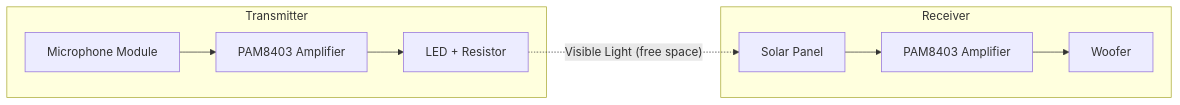
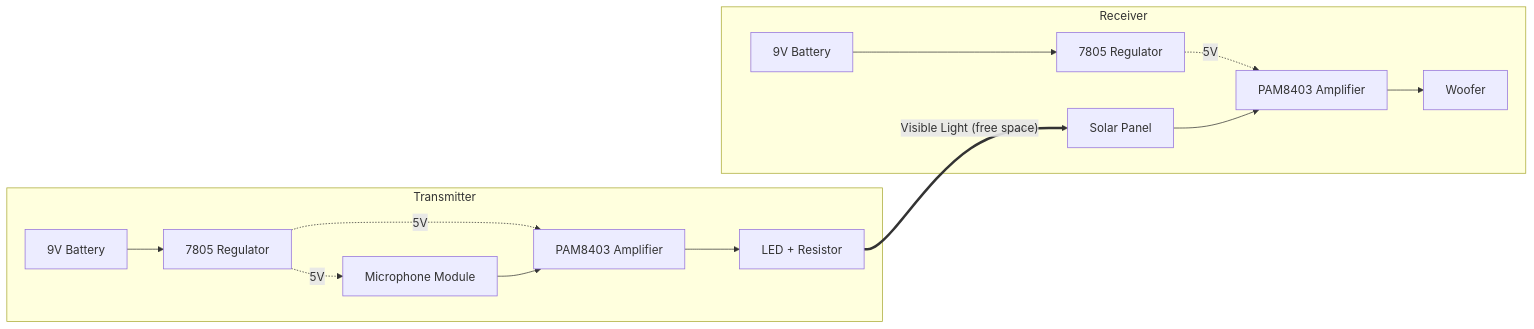
One commit to pjiya304-bot/Li-Fi-audio-transmission changed the diagram in README.md. Above: the diagram before and after it, drawn with Mermaid.

````diff
--- a/README.md
+++ b/README.md
@@ -15,13 +15,18 @@
 ```mermaid
 flowchart LR
 subgraph TX["Transmitter"]
+P1[9V Battery] --> R1[7805 Regulator]
+R1 -. 5V .-> A
+R1 -. 5V .-> B
 A[Microphone Module] --> B[PAM8403 Amplifier]
 B --> C[LED + Resistor]
 end
 
-C -. "Visible Light (free space)" .-> D
+C == "Visible Light (free space)" ==> D
  subgraph RX["Receiver"]
+P2[9V Battery] --> R2[7805 Regulator]
+R2 -. 5V .-> E
 D[Solar Panel] --> E[PAM8403 Amplifier]
 E --> F[Woofer]
 end
 ```
````
